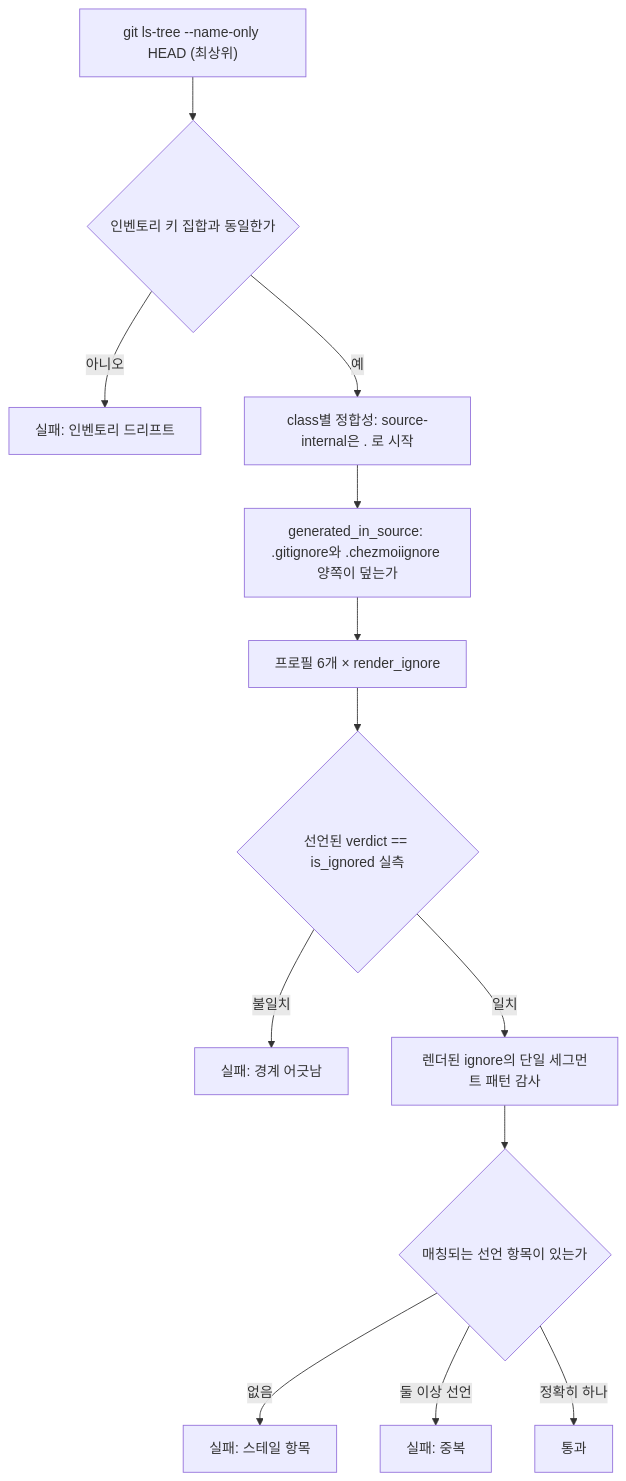
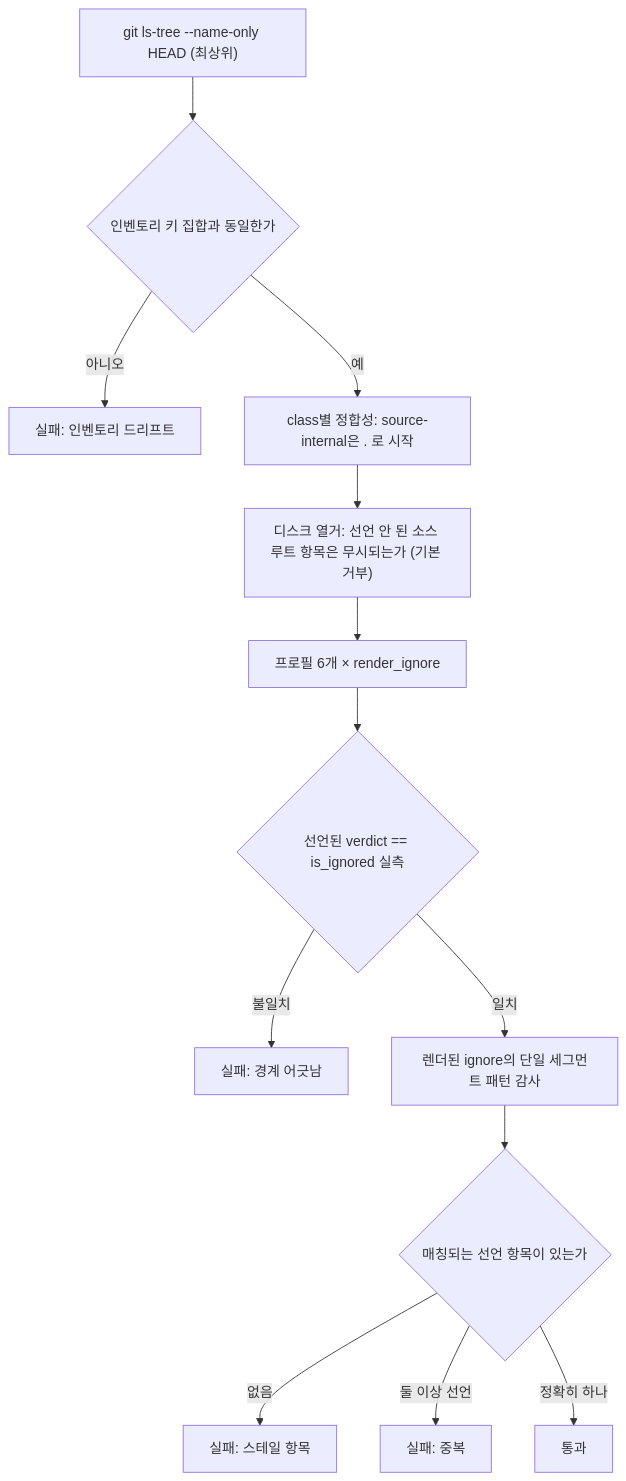
The second of 2 diagrams in docs/plans/2026-09-18-0854-feat-top-level-deployment-boundary-gate-plan.md (hyperlapse122/dotfiles), drawn with Mermaid before and after one commit. The commit also changed other lines of this file and 4 other files, not shown here.

````diff
--- a/docs/plans/2026-09-18-0854-feat-top-level-deployment-boundary-gate-plan.md
+++ b/docs/plans/2026-09-18-0854-feat-top-level-deployment-boundary-gate-plan.md
@@ -170,15 +177,15 @@
 ```mermaid
 flowchart TB
   A["git ls-tree --name-only HEAD (최상위)"] --> B{"인벤토리 키 집합과 동일한가"}
   B -->|아니오| F1["실패: 인벤토리 드리프트"]
   B -->|예| C["class별 정합성: source-internal은 . 로 시작"]
-  C --> C2["generated_in_source: .gitignore와 .chezmoiignore 양쪽이 덮는가"]
+  C --> C2["디스크 열거: 선언 안 된 소스 루트 항목은 무시되는가 (기본 거부)"]
   C2 --> D["프로필 6개 × render_ignore"]
   D --> E{"선언된 verdict == is_ignored 실측"}
   E -->|불일치| F2["실패: 경계 어긋남"]
   E -->|일치| G["렌더된 ignore의 단일 세그먼트 패턴 감사"]
   G --> H{"매칭되는 선언 항목이 있는가"}
   H -->|없음| F3["실패: 스테일 항목"]
   H -->|둘 이상 선언| F4["실패: 중복"]
   H -->|정확히 하나| I["통과"]
 ```
````
